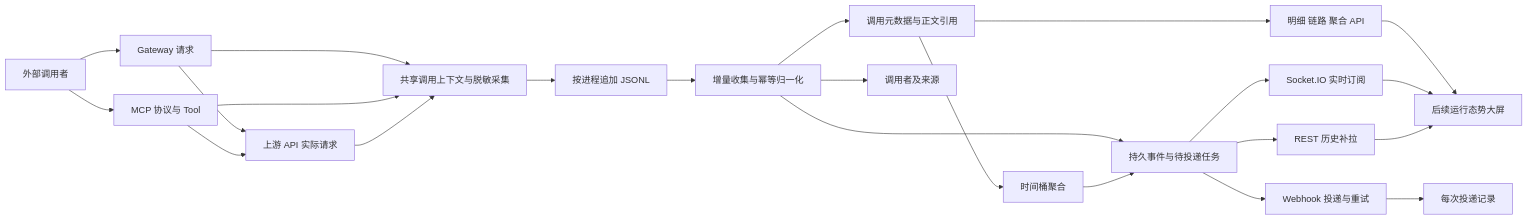
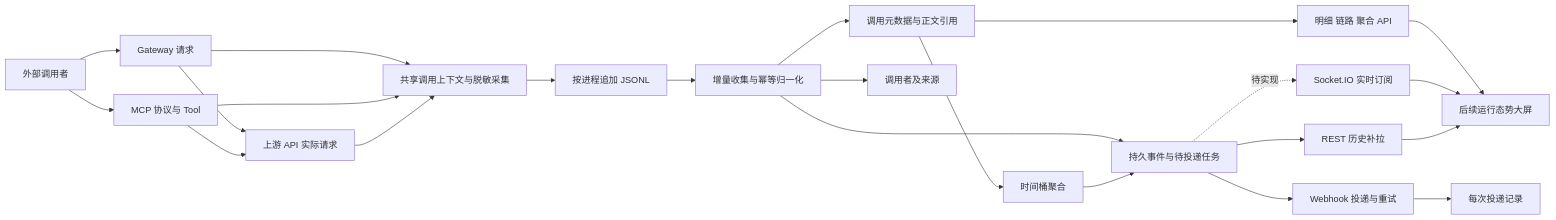
One commit to joe-ieta/api-nova changed the diagram in docs/reference/runtime-observability-design.md. Above: the diagram before and after it, drawn with Mermaid. The commit also changed other lines of this file and 25 other files, not shown here.

````diff
--- a/docs/reference/runtime-observability-design.md
+++ b/docs/reference/runtime-observability-design.md
@@ -50,25 +52,25 @@
 ```mermaid
 flowchart LR
     C[外部调用者] --> G[Gateway 请求]
     C --> M[MCP 协议与 Tool]
     G --> U[上游 API 实际请求]
     M --> U
     G --> A[共享调用上下文与脱敏采集]
     M --> A
     U --> A
     A --> J[按进程追加 JSONL]
     J --> I[增量收集与幂等归一化]
     I --> D[调用元数据与正文引用]
     I --> R[调用者及来源]
     I --> E[持久事件与待投递任务]
     D --> Q[明细 链路 聚合 API]
     D --> B[时间桶聚合]
     B --> E
     E --> W[Webhook 投递与重试]
-    E --> S[Socket.IO 实时订阅]
+    E -. 待实现 .-> S[Socket.IO 实时订阅]
     E --> H[REST 历史补拉]
     W --> L[每次投递记录]
     Q --> V[后续运行态势大屏]
     S --> V
     H --> V
 ```
````
